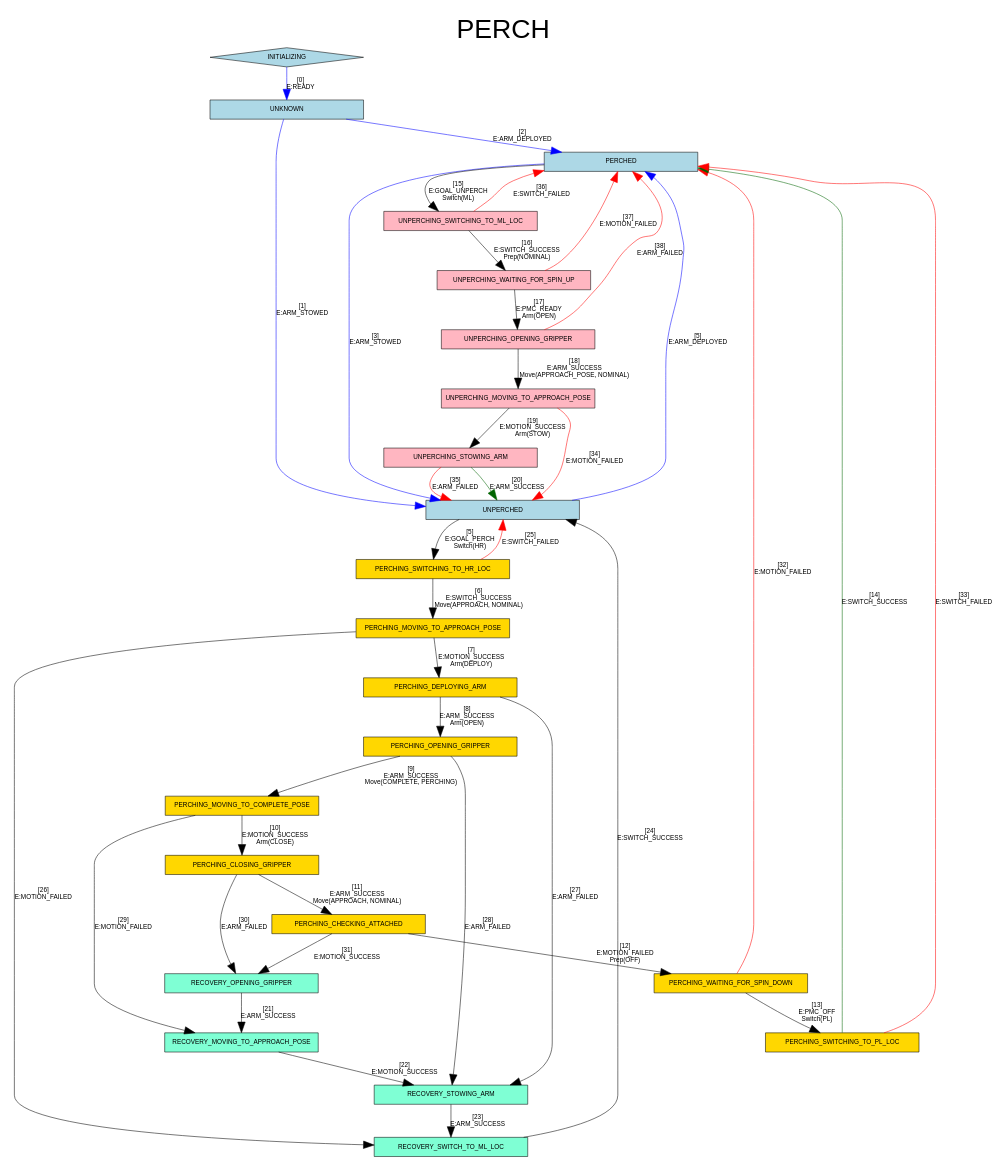
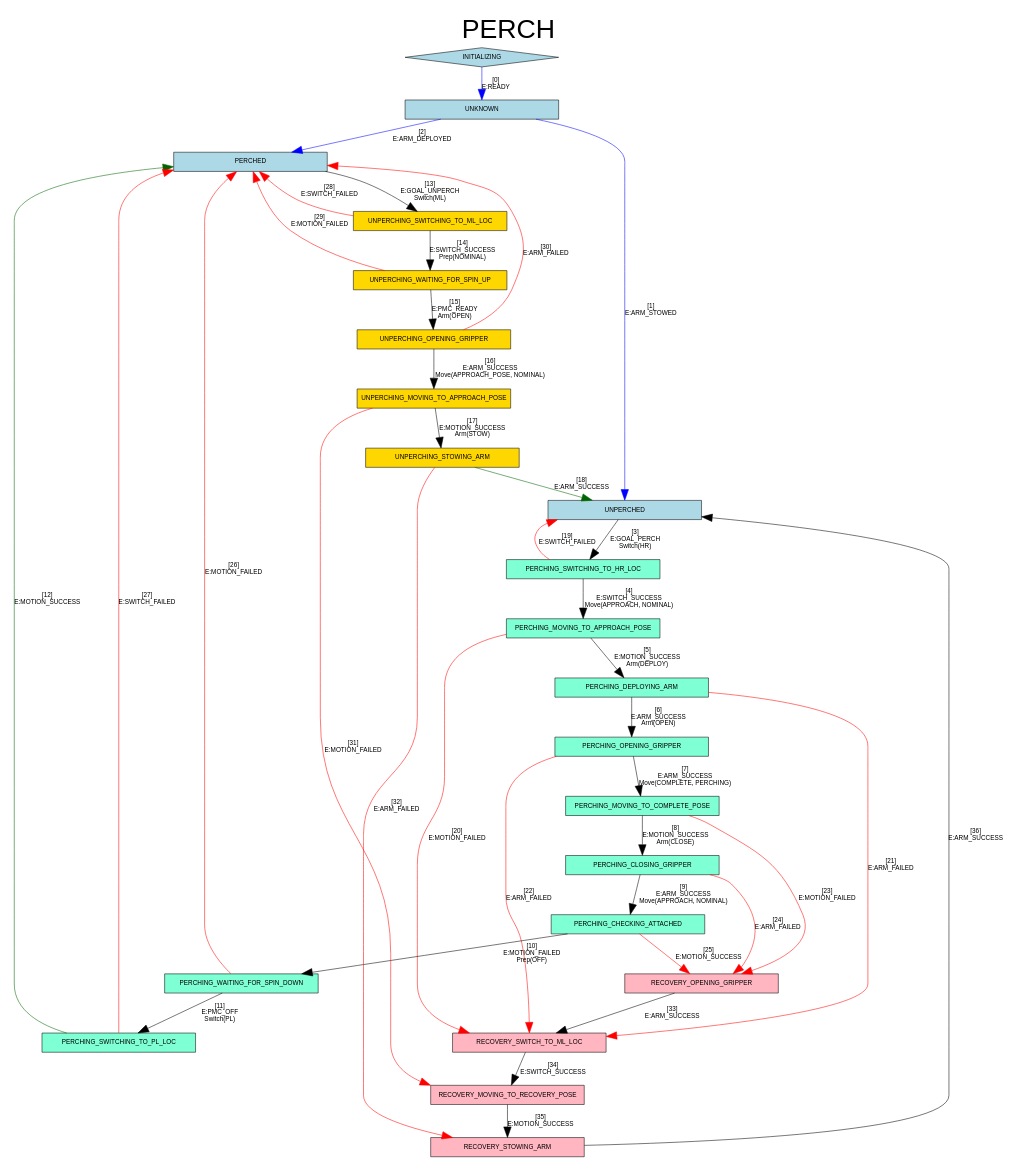
The diagram in behaviors/perch/perch_fsm.dot (nasa/astrobee), drawn with Graphviz before and after one commit. The commit also changed 473 other files, not shown here.

```diff
--- a/behaviors/perch/perch_fsm.dot
+++ b/behaviors/perch/perch_fsm.dot
@@ -1,130 +1,129 @@
 # dot -Tpdf perch_fsm.dot -o perch_fsm.pdf
 digraph G {
   graph [label="PERCH\n", labelloc=t, fontsize=50];
   ratio="fill";
   size="8.3,11.7!";
   node [shape=box, width=4, fontsize=12, fontname="helvetica"];
   edge [arrowsize=2, weight=2., fontsize=12, fontname="helvetica"];
   fontname = "helvetica";
 
   node [shape=diamond, style=filled, fillcolor=lightblue, color=black];
   INITIALIZING;
 
   node [shape=box, style=filled, fillcolor=lightblue, color=black];
   UNKNOWN;
   PERCHED;
   UNPERCHED;
 
   node [shape=box, style=filled, fillcolor=aquamarine, color=black];
-  RECOVERY_OPENING_GRIPPER;
-  RECOVERY_MOVING_TO_APPROACH_POSE;
-  RECOVERY_STOWING_ARM;
-  RECOVERY_SWITCH_TO_ML_LOC;
-
-  node [shape=box, style=filled, fillcolor=gold, color=black];
   PERCHING_SWITCHING_TO_HR_LOC;
   PERCHING_MOVING_TO_APPROACH_POSE;
   PERCHING_DEPLOYING_ARM;
   PERCHING_OPENING_GRIPPER;
   PERCHING_MOVING_TO_COMPLETE_POSE;
   PERCHING_CLOSING_GRIPPER;
   PERCHING_CHECKING_ATTACHED;
   PERCHING_WAITING_FOR_SPIN_DOWN;
   PERCHING_SWITCHING_TO_PL_LOC;
 
-  node [shape=box, style=filled, fillcolor=lightpink, color=black];
+  node [shape=box, style=filled, fillcolor=gold, color=black];
   UNPERCHING_SWITCHING_TO_ML_LOC;
   UNPERCHING_WAITING_FOR_SPIN_UP;
   UNPERCHING_OPENING_GRIPPER;
   UNPERCHING_MOVING_TO_APPROACH_POSE;
   UNPERCHING_STOWING_ARM;
+
+
+  node [shape=box, style=filled, fillcolor=lightpink, color=black];
+  RECOVERY_OPENING_GRIPPER;
+  RECOVERY_MOVING_TO_RECOVERY_POSE;
+  RECOVERY_STOWING_ARM;
+  RECOVERY_SWITCH_TO_ML_LOC;
 
   # Transparent state changes
   INITIALIZING -> UNKNOWN
     [label="[0]\nE:READY", color=blue];
   UNKNOWN -> UNPERCHED
     [label="[1]\nE:ARM_STOWED", color=blue];
   UNKNOWN -> PERCHED
     [label="[2]\nE:ARM_DEPLOYED", color=blue];
-  PERCHED -> UNPERCHED
-    [label="[3]\nE:ARM_STOWED", color=blue];
-  UNPERCHED -> PERCHED
-    [label="[5]\nE:ARM_DEPLOYED", color=blue];
 
   # Nominal perch
   UNPERCHED -> PERCHING_SWITCHING_TO_HR_LOC
-    [label="[5]\nE:GOAL_PERCH\nSwitch(HR)"];
+    [label="[3]\nE:GOAL_PERCH\nSwitch(HR)"];
   PERCHING_SWITCHING_TO_HR_LOC -> PERCHING_MOVING_TO_APPROACH_POSE
-    [label="[6]\nE:SWITCH_SUCCESS\nMove(APPROACH, NOMINAL)"];
+    [label="[4]\nE:SWITCH_SUCCESS\nMove(APPROACH, NOMINAL)"];
   PERCHING_MOVING_TO_APPROACH_POSE -> PERCHING_DEPLOYING_ARM
-    [label="[7]\nE:MOTION_SUCCESS\nArm(DEPLOY)"];
+    [label="[5]\nE:MOTION_SUCCESS\nArm(DEPLOY)"];
   PERCHING_DEPLOYING_ARM -> PERCHING_OPENING_GRIPPER
-    [label="[8]\nE:ARM_SUCCESS\nArm(OPEN)"];
+    [label="[6]\nE:ARM_SUCCESS\nArm(OPEN)"];
   PERCHING_OPENING_GRIPPER -> PERCHING_MOVING_TO_COMPLETE_POSE
-    [label="[9]\nE:ARM_SUCCESS\nMove(COMPLETE, PERCHING)"];
+    [label="[7]\nE:ARM_SUCCESS\nMove(COMPLETE, PERCHING)"];
   PERCHING_MOVING_TO_COMPLETE_POSE -> PERCHING_CLOSING_GRIPPER
-    [label="[10]\nE:MOTION_SUCCESS\nArm(CLOSE)"];
+    [label="[8]\nE:MOTION_SUCCESS\nArm(CLOSE)"];
   PERCHING_CLOSING_GRIPPER -> PERCHING_CHECKING_ATTACHED
-    [label="[11]\nE:ARM_SUCCESS\nMove(APPROACH, NOMINAL)"];
+    [label="[9]\nE:ARM_SUCCESS\nMove(APPROACH, NOMINAL)"];
   PERCHING_CHECKING_ATTACHED -> PERCHING_WAITING_FOR_SPIN_DOWN
-    [label="[12]\nE:MOTION_FAILED\nPrep(OFF)"];
+    [label="[10]\nE:MOTION_FAILED\nPrep(OFF)"];
   PERCHING_WAITING_FOR_SPIN_DOWN -> PERCHING_SWITCHING_TO_PL_LOC
-    [label="[13]\nE:PMC_OFF\nSwitch(PL)" ];
+    [label="[11]\nE:PMC_OFF\nSwitch(PL)" ];
   PERCHING_SWITCHING_TO_PL_LOC -> PERCHED
-    [label="[14]\nE:SWITCH_SUCCESS", color=darkgreen];
-
+    [label="[12]\nE:MOTION_SUCCESS", color=darkgreen];
 
   # Nominal unperch
   PERCHED -> UNPERCHING_SWITCHING_TO_ML_LOC
-    [label="[15]\nE:GOAL_UNPERCH\nSwitch(ML)"];
+    [label="[13]\nE:GOAL_UNPERCH\nSwitch(ML)"];
   UNPERCHING_SWITCHING_TO_ML_LOC -> UNPERCHING_WAITING_FOR_SPIN_UP
-    [label="[16]\nE:SWITCH_SUCCESS\nPrep(NOMINAL)"];
+    [label="[14]\nE:SWITCH_SUCCESS\nPrep(NOMINAL)"];
   UNPERCHING_WAITING_FOR_SPIN_UP -> UNPERCHING_OPENING_GRIPPER
-    [label="[17]\nE:PMC_READY\nArm(OPEN)"];
+    [label="[15]\nE:PMC_READY\nArm(OPEN)"];
   UNPERCHING_OPENING_GRIPPER -> UNPERCHING_MOVING_TO_APPROACH_POSE
-    [label="[18]\nE:ARM_SUCCESS\nMove(APPROACH_POSE, NOMINAL)"];
+    [label="[16]\nE:ARM_SUCCESS\nMove(APPROACH_POSE, NOMINAL)"];
   UNPERCHING_MOVING_TO_APPROACH_POSE -> UNPERCHING_STOWING_ARM
-    [label="[19]\nE:MOTION_SUCCESS\nArm(STOW)"];
+    [label="[17]\nE:MOTION_SUCCESS\nArm(STOW)"];
   UNPERCHING_STOWING_ARM -> UNPERCHED
-    [label="[20]\nE:ARM_SUCCESS", color=darkgreen];
+    [label="[18]\nE:ARM_SUCCESS", color=darkgreen];
+
+  # Off-nominal states
+  # perch
+  PERCHING_SWITCHING_TO_HR_LOC -> UNPERCHED
+    [label="[19]\nE:SWITCH_FAILED", color=red];
+  PERCHING_MOVING_TO_APPROACH_POSE -> RECOVERY_SWITCH_TO_ML_LOC
+    [label="[20]\nE:MOTION_FAILED", color=red];
+  PERCHING_DEPLOYING_ARM -> RECOVERY_SWITCH_TO_ML_LOC
+    [label="[21]\nE:ARM_FAILED", color=red];
+  PERCHING_OPENING_GRIPPER -> RECOVERY_SWITCH_TO_ML_LOC
+    [label="[22]\nE:ARM_FAILED", color=red];
+  PERCHING_MOVING_TO_COMPLETE_POSE -> RECOVERY_OPENING_GRIPPER
+    [label="[23]\nE:MOTION_FAILED", color=red];
+  PERCHING_CLOSING_GRIPPER -> RECOVERY_OPENING_GRIPPER
+    [label="[24]\nE:ARM_FAILED", color=red];
+  PERCHING_CHECKING_ATTACHED -> RECOVERY_OPENING_GRIPPER
+    [label="[25]\nE:MOTION_SUCCESS", color=red];
+  PERCHING_WAITING_FOR_SPIN_DOWN -> PERCHED
+    [label="[26]\nE:MOTION_FAILED", color=red];
+  PERCHING_SWITCHING_TO_PL_LOC -> PERCHED
+    [label="[27]\nE:SWITCH_FAILED", color=red];
+
+  # unperch
+  UNPERCHING_SWITCHING_TO_ML_LOC -> PERCHED
+    [label="[28]\nE:SWITCH_FAILED", color=red];
+  UNPERCHING_WAITING_FOR_SPIN_UP -> PERCHED
+    [label="[29]\nE:MOTION_FAILED", color=red];
+  UNPERCHING_OPENING_GRIPPER -> PERCHED
+    [label="[30]\nE:ARM_FAILED", color=red];
+  UNPERCHING_MOVING_TO_APPROACH_POSE -> RECOVERY_MOVING_TO_RECOVERY_POSE
+    [label="[31]\nE:MOTION_FAILED", color=red];
+  UNPERCHING_STOWING_ARM -> RECOVERY_STOWING_ARM
+    [label="[32]\nE:ARM_FAILED", color=red];
 
   # Recovery
-  RECOVERY_OPENING_GRIPPER -> RECOVERY_MOVING_TO_APPROACH_POSE
-    [label="[21]\nE:ARM_SUCCESS", color=black];
-  RECOVERY_MOVING_TO_APPROACH_POSE -> RECOVERY_STOWING_ARM
-    [label="[22]\nE:MOTION_SUCCESS", color=black];
-  RECOVERY_STOWING_ARM -> RECOVERY_SWITCH_TO_ML_LOC
-    [label="[23]\nE:ARM_SUCCESS", color=black];
-  RECOVERY_SWITCH_TO_ML_LOC -> UNPERCHED
-    [label="[24]\nE:SWITCH_SUCCESS", color=black];
-
-  # Off-nominal states
-  PERCHING_SWITCHING_TO_HR_LOC -> UNPERCHED
-    [label="[25]\nE:SWITCH_FAILED", color=red];
-  PERCHING_MOVING_TO_APPROACH_POSE -> RECOVERY_SWITCH_TO_ML_LOC
-    [label="[26]\nE:MOTION_FAILED", color=black];
-  PERCHING_DEPLOYING_ARM -> RECOVERY_STOWING_ARM
-    [label="[27]\nE:ARM_FAILED", color=black];
-  PERCHING_OPENING_GRIPPER -> RECOVERY_STOWING_ARM
-    [label="[28]\nE:ARM_FAILED", color=black];
-  PERCHING_MOVING_TO_COMPLETE_POSE -> RECOVERY_MOVING_TO_APPROACH_POSE
-    [label="[29]\nE:MOTION_FAILED", color=black];
-  PERCHING_CLOSING_GRIPPER -> RECOVERY_OPENING_GRIPPER
-    [label="[30]\nE:ARM_FAILED", color=black];
-  PERCHING_CHECKING_ATTACHED -> RECOVERY_OPENING_GRIPPER
-    [label="[31]\nE:MOTION_SUCCESS", color=black];
-  PERCHING_WAITING_FOR_SPIN_DOWN -> PERCHED
-    [label="[32]\nE:MOTION_FAILED", color=red];
-  PERCHING_SWITCHING_TO_PL_LOC -> PERCHED
-    [label="[33]\nE:SWITCH_FAILED", color=red];
-  UNPERCHING_MOVING_TO_APPROACH_POSE -> UNPERCHED
-    [label="[34]\nE:MOTION_FAILED", color=red];
-  UNPERCHING_STOWING_ARM -> UNPERCHED
-    [label="[35]\nE:ARM_FAILED", color=red];
-  UNPERCHING_SWITCHING_TO_ML_LOC -> PERCHED
-    [label="[36]\nE:SWITCH_FAILED", color=red];
-  UNPERCHING_WAITING_FOR_SPIN_UP -> PERCHED
-    [label="[37]\nE:MOTION_FAILED", color=red];
-  UNPERCHING_OPENING_GRIPPER -> PERCHED
-    [label="[38]\nE:ARM_FAILED", color=red];
+  RECOVERY_OPENING_GRIPPER -> RECOVERY_SWITCH_TO_ML_LOC
+    [label="[33]\nE:ARM_SUCCESS", color=black];
+  RECOVERY_SWITCH_TO_ML_LOC -> RECOVERY_MOVING_TO_RECOVERY_POSE
+    [label="[34]\nE:SWITCH_SUCCESS", color=black];
+  RECOVERY_MOVING_TO_RECOVERY_POSE -> RECOVERY_STOWING_ARM
+    [label="[35]\nE:MOTION_SUCCESS", color=black];
+  RECOVERY_STOWING_ARM -> UNPERCHED
+    [label="[36]\nE:ARM_SUCCESS", color=black];
 }
```
